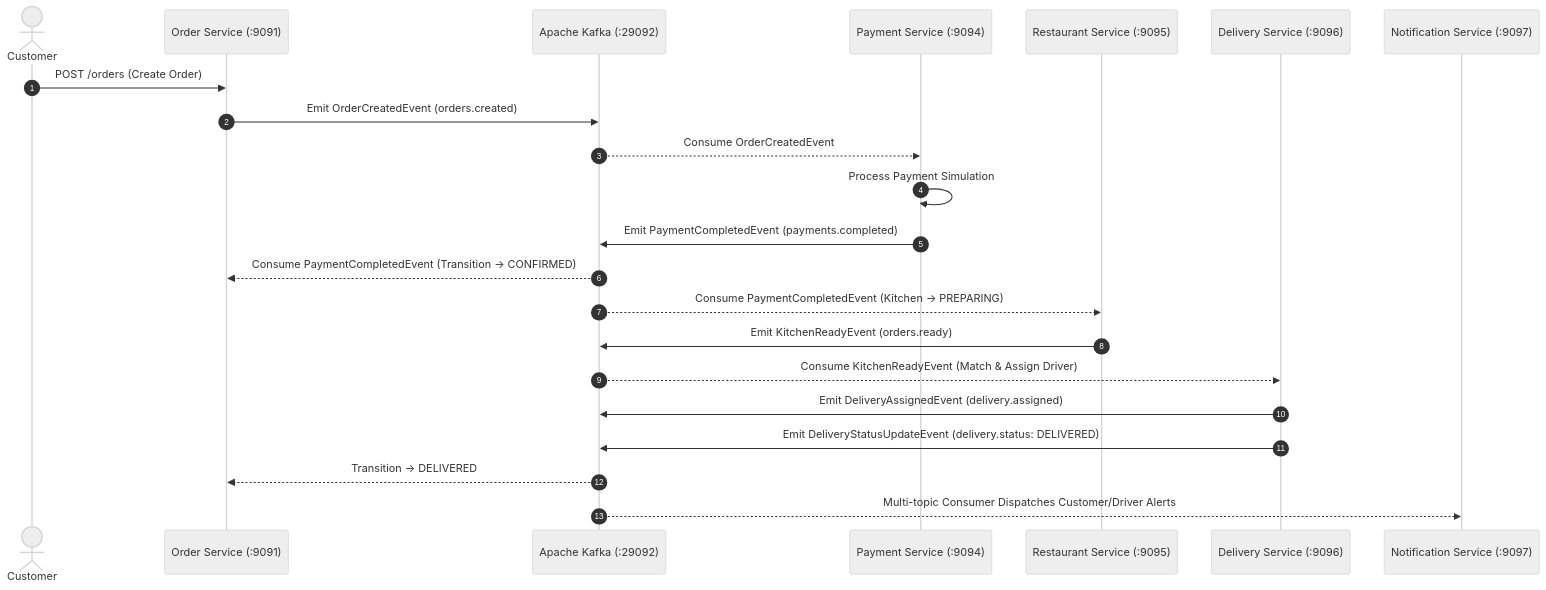
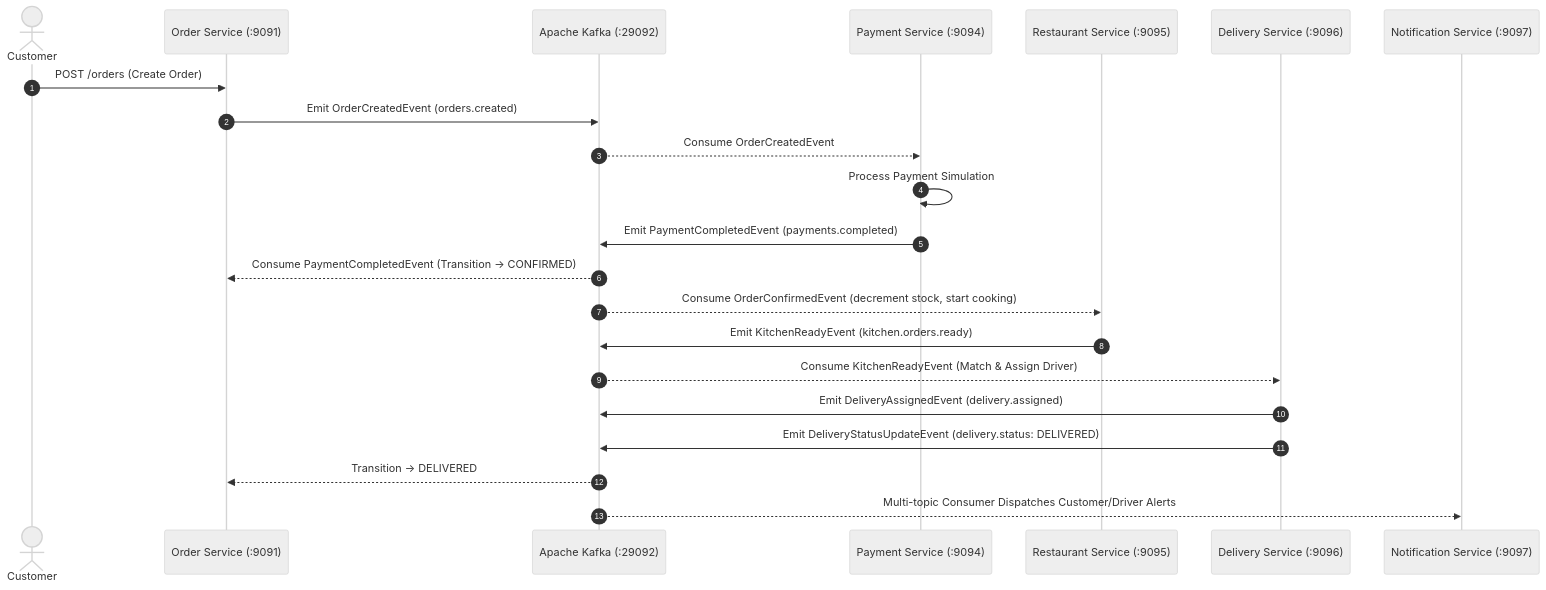
One commit to CodeGrogu/DSA-Assignment-2 changed the third of 3 diagrams in README.md. Above: the diagram before and after it, drawn with Mermaid (neutral theme). The commit also changed other lines of this file and 9 other files, not shown here.

````diff
--- a/README.md
+++ b/README.md
@@ -93,25 +93,25 @@
 ```mermaid
 sequenceDiagram
     autonumber
     actor Customer
     participant OrderSvc as Order Service (:9091)
     participant Kafka as Apache Kafka (:29092)
     participant PaySvc as Payment Service (:9094)
     participant RestSvc as Restaurant Service (:9095)
     participant DelSvc as Delivery Service (:9096)
     participant NotifSvc as Notification Service (:9097)
 
     Customer->>OrderSvc: POST /orders (Create Order)
     OrderSvc->>Kafka: Emit OrderCreatedEvent (orders.created)
     Kafka-->>PaySvc: Consume OrderCreatedEvent
     PaySvc->>PaySvc: Process Payment Simulation
     PaySvc->>Kafka: Emit PaymentCompletedEvent (payments.completed)
     Kafka-->>OrderSvc: Consume PaymentCompletedEvent (Transition -> CONFIRMED)
-    Kafka-->>RestSvc: Consume PaymentCompletedEvent (Kitchen -> PREPARING)
-    RestSvc->>Kafka: Emit KitchenReadyEvent (orders.ready)
+    Kafka-->>RestSvc: Consume OrderConfirmedEvent (decrement stock, start cooking)
+    RestSvc->>Kafka: Emit KitchenReadyEvent (kitchen.orders.ready)
     Kafka-->>DelSvc: Consume KitchenReadyEvent (Match & Assign Driver)
     DelSvc->>Kafka: Emit DeliveryAssignedEvent (delivery.assigned)
     DelSvc->>Kafka: Emit DeliveryStatusUpdateEvent (delivery.status: DELIVERED)
     Kafka-->>OrderSvc: Transition -> DELIVERED
     Kafka-->>NotifSvc: Multi-topic Consumer Dispatches Customer/Driver Alerts
 ```
````
